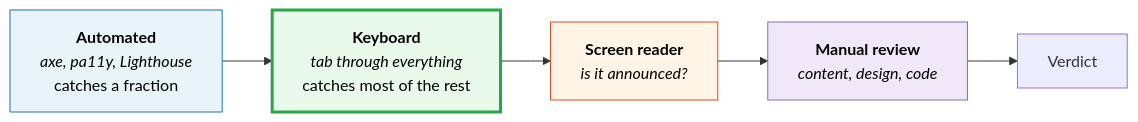
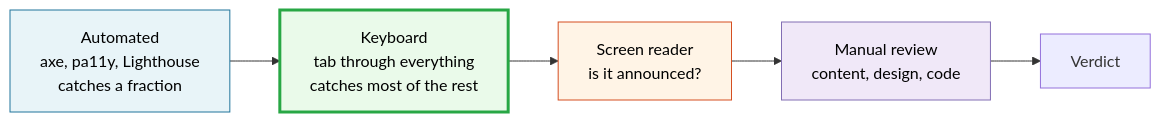
One commit to courtneyr-dev/wp-release-audit-method changed the diagram in accessibility/README.md. Above: the diagram before and after it, drawn with Mermaid. The commit also changed 4 other files, not shown here.

First line of the commit message:
🐛 Strip HTML tags from mermaid labels so GitHub will render the diagrams

````diff
--- a/accessibility/README.md
+++ b/accessibility/README.md
@@ -17,14 +17,14 @@
 ```mermaid
 flowchart LR
-    A["<b>Automated</b><br/><i>axe, pa11y, Lighthouse</i><br/>catches a fraction"]
-    B["<b>Keyboard</b><br/><i>tab through everything</i><br/>catches most of the rest"]
-    C["<b>Screen reader</b><br/><i>is it announced?</i>"]
-    D["<b>Manual review</b><br/><i>content, design, code</i>"]
+    A["Automated<br/>axe, pa11y, Lighthouse<br/>catches a fraction"]
+    B["Keyboard<br/>tab through everything<br/>catches most of the rest"]
+    C["Screen reader<br/>is it announced?"]
+    D["Manual review<br/>content, design, code"]
     A --> B --> C --> D
     D --> V["Verdict"]
 
     style A fill:#e8f4f8,stroke:#21759B,color:#000
     style B fill:#eafaea,stroke:#28a745,stroke-width:3px,color:#000
     style C fill:#fff4e6,stroke:#D54E21,color:#000
     style D fill:#f0e8f8,stroke:#826EB4,color:#000
 ```
````
